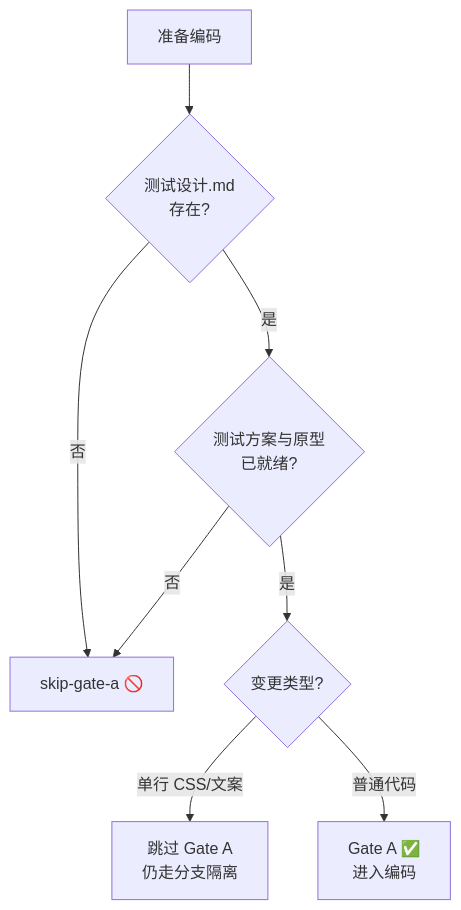
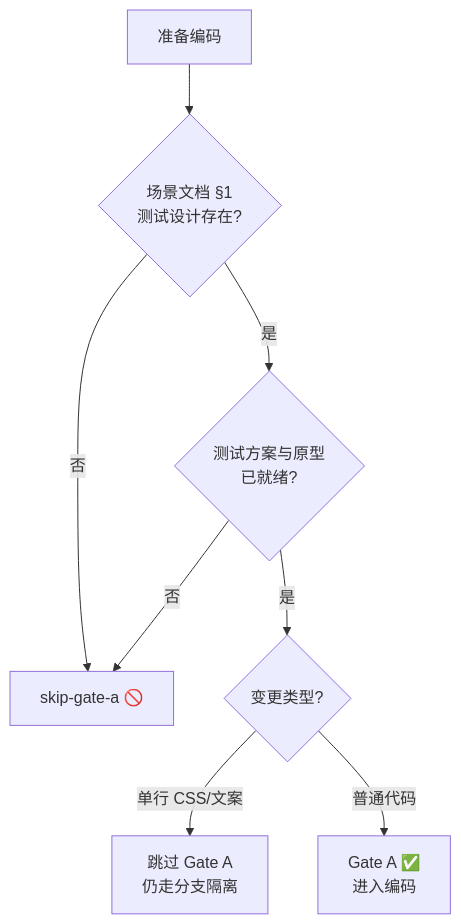
The fourth of 10 diagrams in rules/code-pipeline.md (effiy/YrY), drawn with Mermaid before and after one commit. The commit also changed other lines of this file and 28 other files, not shown here.

````diff
--- a/rules/code-pipeline.md
+++ b/rules/code-pipeline.md
@@ -104,11 +104,11 @@
 ```mermaid
 flowchart TD
-    ENTER["准备编码"] --> Q1{"测试设计.md<br/>存在?"}
+    ENTER["准备编码"] --> Q1{"场景文档 §1<br/>测试设计存在?"}
     Q1 -->|"否"| BLOCK["skip-gate-a 🚫"]:::block
     Q1 -->|"是"| Q2{"测试方案与原型<br/>已就绪?"}
     Q2 -->|"否"| BLOCK
     Q2 -->|"是"| Q3{"变更类型?"}
     Q3 -->|"单行 CSS/文案"| BYPASS["跳过 Gate A<br/>仍走分支隔离"]:::bypass
     Q3 -->|"普通代码"| PASS["Gate A ✅<br/>进入编码"]:::pass
 
 ```
````
